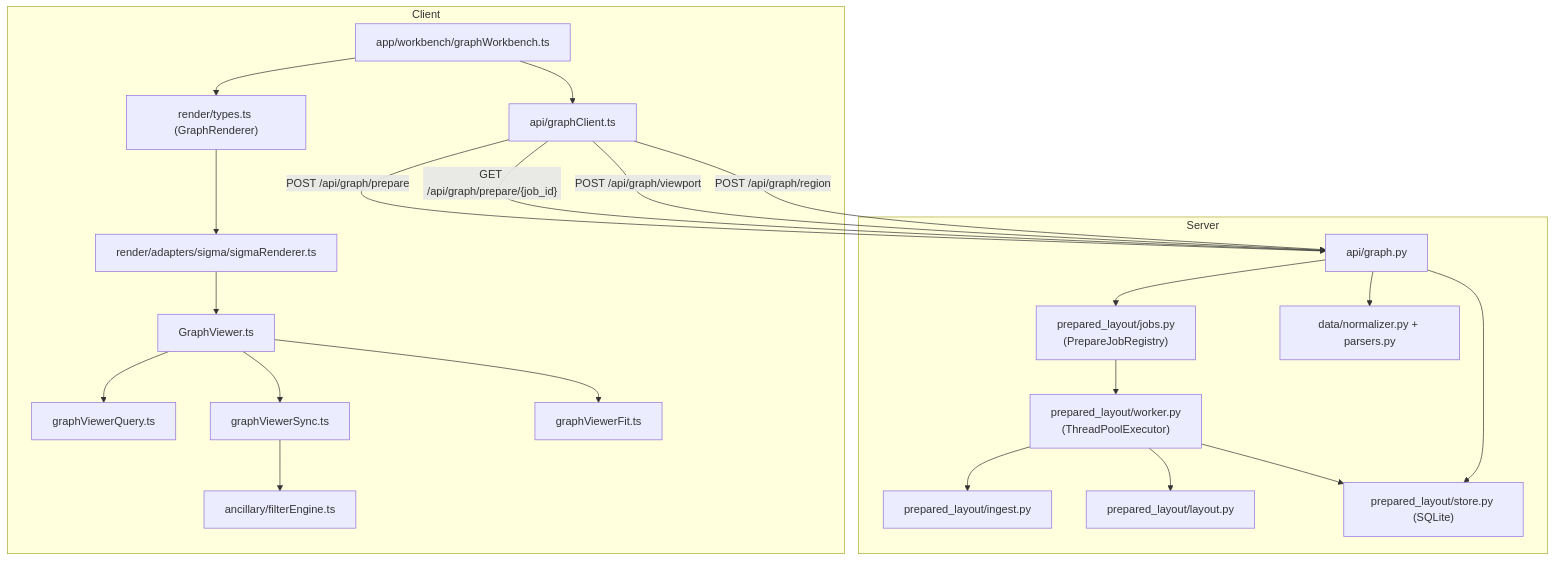
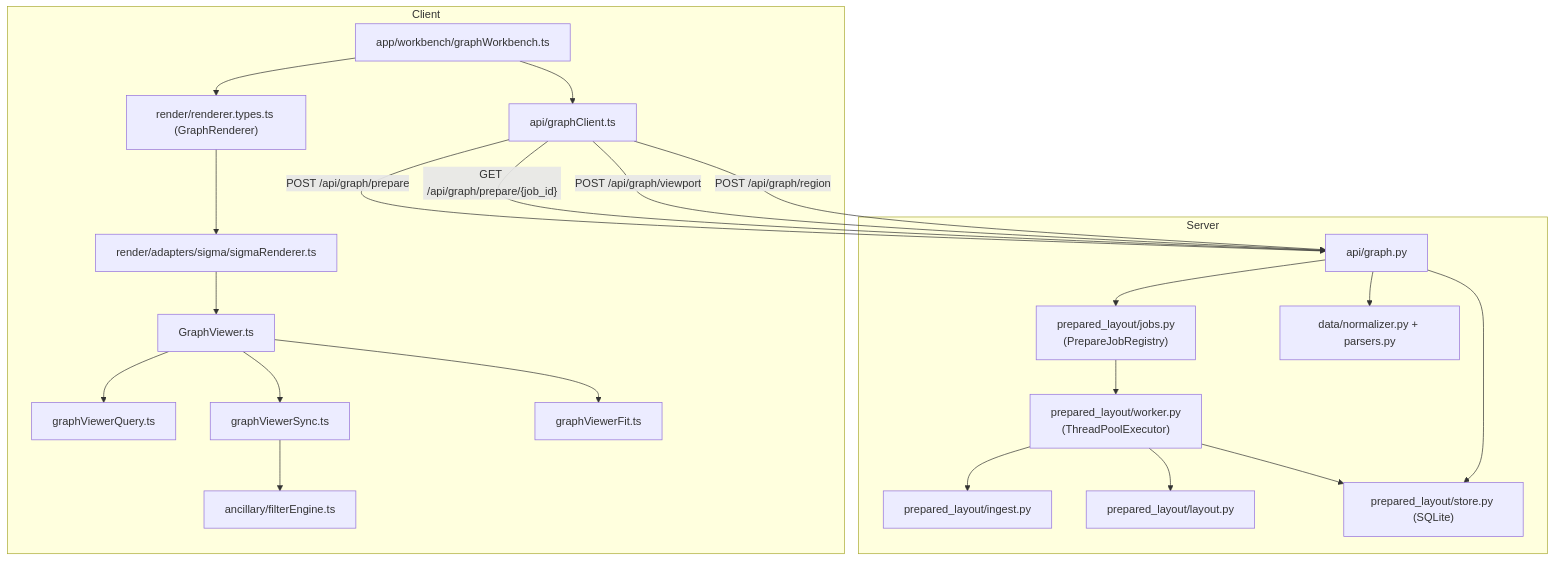
Before and after one commit to phyloviz/phylo-lens: the first of 2 diagrams in docs/ARCHITECTURE_SPEC.md, drawn with Mermaid. The commit also changed other lines of this file and 82 other files, not shown here.

````diff
--- a/docs/ARCHITECTURE_SPEC.md
+++ b/docs/ARCHITECTURE_SPEC.md
@@ -181,46 +181,46 @@
 ```mermaid
 flowchart TD
   subgraph Client
     WB["app/workbench/graphWorkbench.ts"]
     APIC["api/graphClient.ts"]
-    RPORT["render/types.ts (GraphRenderer)"]
+    RPORT["render/renderer.types.ts (GraphRenderer)"]
     SR["render/adapters/sigma/sigmaRenderer.ts"]
     GVW["GraphViewer.ts"]
     QRY["graphViewerQuery.ts"]
     SYNC["graphViewerSync.ts"]
     FIT["graphViewerFit.ts"]
     FILT["ancillary/filterEngine.ts"]
 
     WB --> APIC
     WB --> RPORT
     RPORT --> SR
     SR --> GVW
     GVW --> QRY
     GVW --> SYNC
     GVW --> FIT
     SYNC --> FILT
   end
 
   subgraph Server
     SRV["api/graph.py"]
     WORK["prepared_layout/worker.py<br/>(ThreadPoolExecutor)"]
     JOBS["prepared_layout/jobs.py<br/>(PrepareJobRegistry)"]
     ING["prepared_layout/ingest.py"]
     LAY["prepared_layout/layout.py"]
     STORE["prepared_layout/store.py (SQLite)"]
     DATA["data/normalizer.py + parsers.py"]
 
     SRV --> DATA
     SRV --> JOBS
     JOBS --> WORK
     WORK --> ING
     WORK --> LAY
     WORK --> STORE
     SRV --> STORE
   end
 
   APIC -->|"POST /api/graph/prepare"| SRV
   APIC -->|"GET /api/graph/prepare/{job_id}"| SRV
   APIC -->|"POST /api/graph/viewport"| SRV
   APIC -->|"POST /api/graph/region"| SRV
 ```
````
